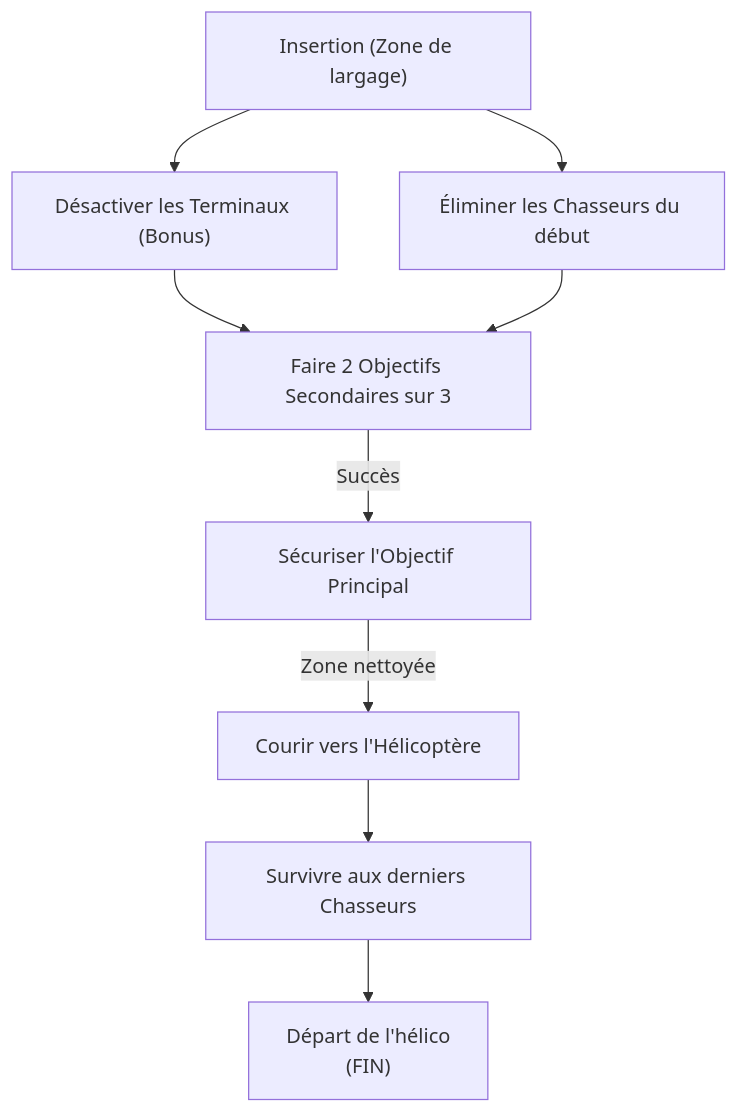
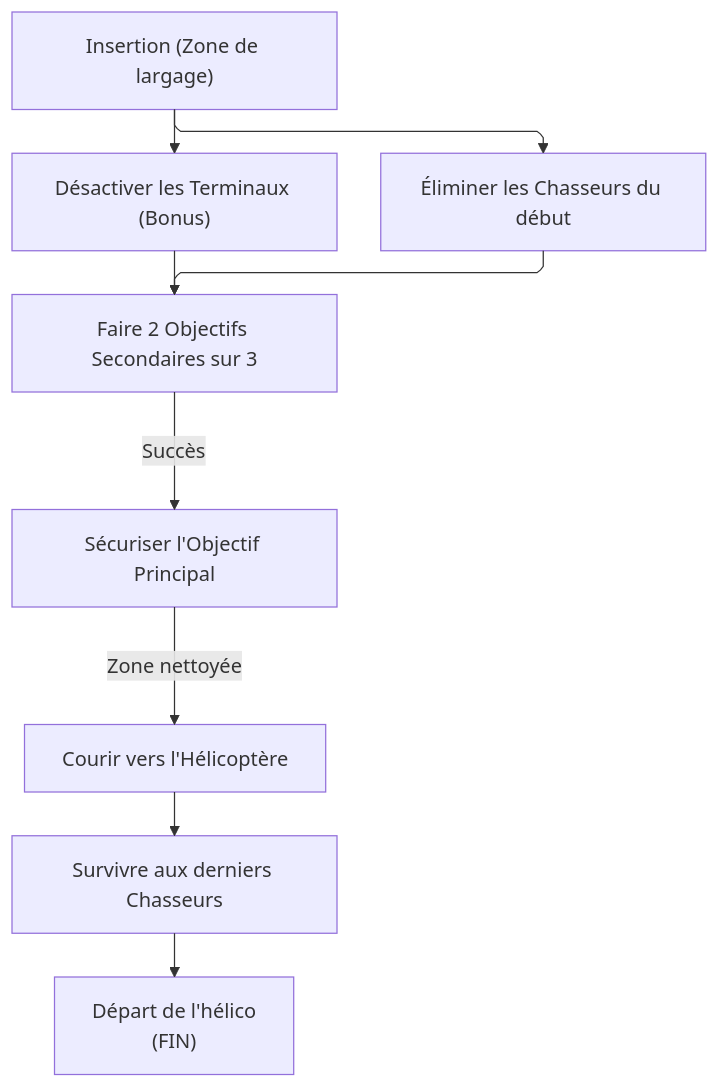
One commit to join-task-french/BDDFr changed the diagram in src/content/pages/countdown.wip.md. Above: the diagram before and after it, drawn with Mermaid.

Commit message:
refactor: update Mermaid configuration in countdown.wip.md for consistency
Adjusted layout and look properties to improve clarity and maintain uniformity in the Mermaid syntax.

````diff
--- a/src/content/pages/countdown.wip.md
+++ b/src/content/pages/countdown.wip.md
@@ -33,35 +33,34 @@
 ```mermaid
 ---
 config:
-layout: elk
-look: handDrawn
-theme: dark
-flowchart:
-curve: linear
-elk:
-mergeEdges: true
-nodePlacementStrategy: NETWORK_SIMPLEX
-crossingMinimizationStrategy: LAYER_SWEEP
-nodeNode: 40
-nodeNodeBetweenLayers: 80
+    layout: elk
+    look: classic
+    flowchart:
+        curve: linear
+    elk:
+        mergeEdges: true
+        nodePlacementStrategy: NETWORK_SIMPLEX
+        crossingMinimizationStrategy: LAYER_SWEEP
+        nodeNode: 40
+        nodeNodeBetweenLayers: 80
 ---
 graph TD
     
     IN["Insertion (Zone de largage)"]
     
     IN --> CM["Désactiver les Terminaux (Bonus)"]
     IN --> H1["Éliminer les Chasseurs du début"]
 
     CM --> OBJ_SEC
     H1 --> OBJ_SEC
 
     
     OBJ_SEC["Faire 2 Objectifs Secondaires sur 3"]
 
     OBJ_SEC -->|Succès| OBJ_PRIN["Sécuriser l'Objectif Principal"]
     
     OBJ_PRIN -->|Zone nettoyée| EXT_PHASE["Courir vers l'Hélicoptère"]
     
     EXT_PHASE --> H2["Survivre aux derniers Chasseurs"]
     H2 --> CHOP["Départ de l'hélico<br/>(FIN)"]
 ```
````
